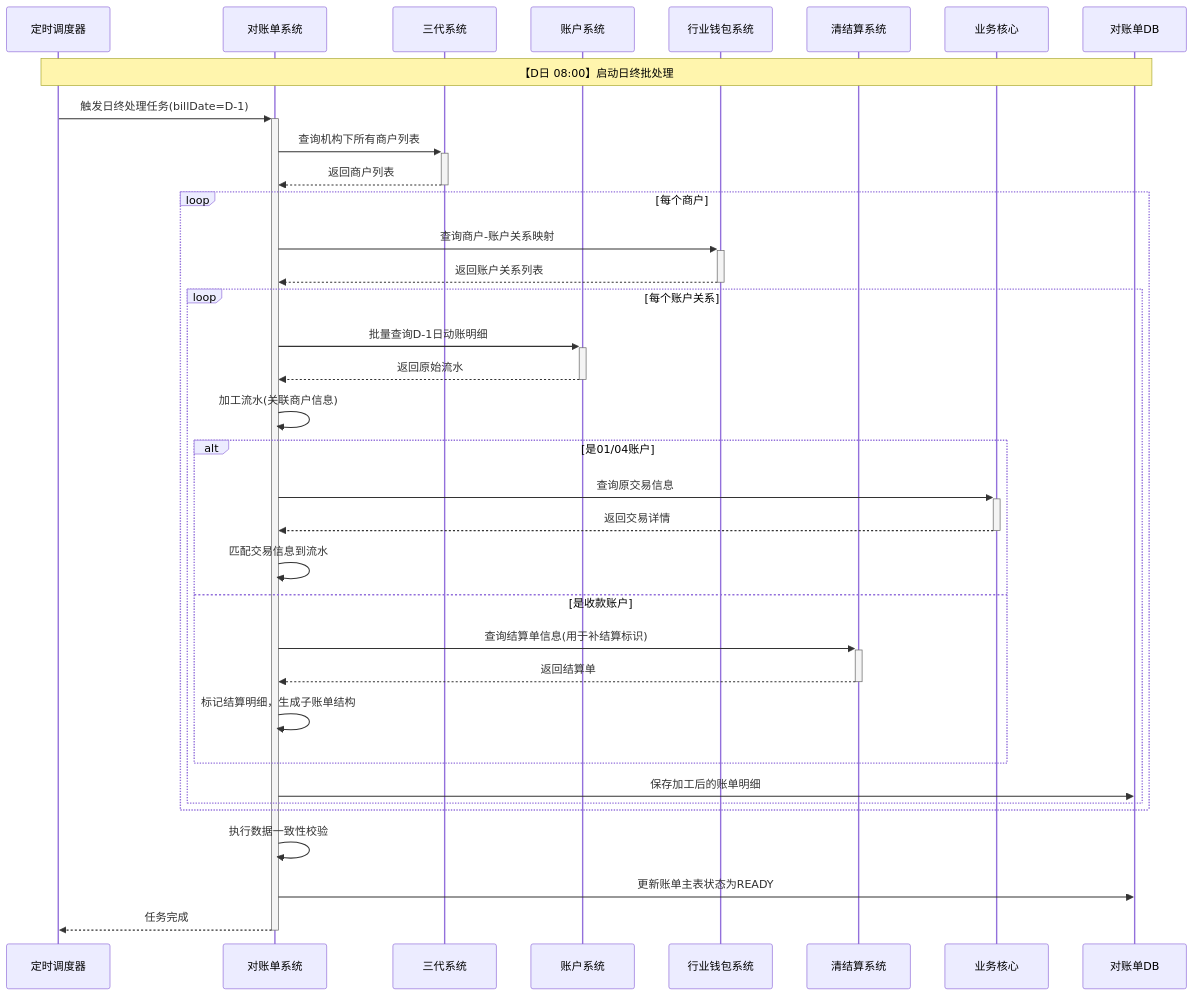
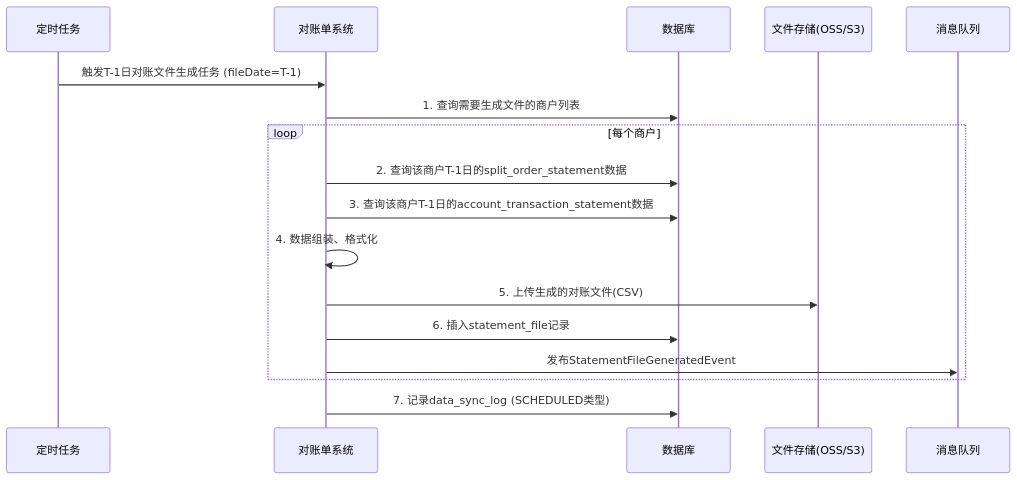
The second of 3 diagrams in data/天财分账需求/gpt-5.2/workspace/02_modules/module_对账单系统.md (youzi211/AiCoding), drawn with Mermaid before and after one commit. The commit also changed other lines of this file and 29 other files, not shown here.

````diff
--- a/data/天财分账需求/gpt-5.2/workspace/02_modules/module_对账单系统.md
+++ b/data/天财分账需求/gpt-5.2/workspace/02_modules/module_对账单系统.md
@@ -558,45 +344,20 @@
 ```mermaid
 sequenceDiagram
-    participant Scheduler as 定时调度器
-    participant Statement as 对账单系统
-    participant Gen3 as 三代系统
-    participant Account as 账户系统
-    participant Wallet as 行业钱包系统
-    participant Settle as 清结算系统
-    participant Business as 业务核心
-    participant DB as 对账单DB
+    participant Scheduler as 定时任务
+    participant BS as 对账单系统
+    participant DB as 数据库
+    participant FS as 文件存储(OSS/S3)
+    participant MQ as 消息队列
 
-    Note over Scheduler, DB: 【D日 08:00】启动日终批处理
-    Scheduler->>+Statement: 触发日终处理任务(billDate=D-1)
-    
-    Statement->>+Gen3: 查询机构下所有商户列表
-    Gen3-->>-Statement: 返回商户列表
-    
+    Scheduler->>BS: 触发T-1日对账文件生成任务 (fileDate=T-1)
+    BS->>DB: 1. 查询需要生成文件的商户列表
     loop 每个商户
-        Statement->>+Wallet: 查询商户-账户关系映射
-        Wallet-->>-Statement: 返回账户关系列表
-        
-        loop 每个账户关系
-            Statement->>+Account: 批量查询D-1日动账明细
-            Account-->>-Statement: 返回原始流水
-            
-            Statement->>Statement: 加工流水(关联商户信息)
-            
-            alt 是01/04账户
-                Statement->>+Business: 查询原交易信息
-                Business-->>-Statement: 返回交易详情
-                Statement->>Statement: 匹配交易信息到流水
-            else 是收款账户
-                Statement->>+Settle: 查询结算单信息(用于补结算标识)
-                Settle-->>-Statement: 返回结算单
-                Statement->>Statement: 标记结算明细，生成子账单结构
-            end
-            
-            Statement->>DB: 保存加工后的账单明细
-        end
+        BS->>DB: 2. 查询该商户T-1日的split_order_statement数据
+        BS->>DB: 3. 查询该商户T-1日的account_transaction_statement数据
+        BS->>BS: 4. 数据组装、格式化
+        BS->>FS: 5. 上传生成的对账文件(CSV)
+        BS->>DB: 6. 插入statement_file记录
+        BS->>MQ: 发布StatementFileGeneratedEvent
     end
-    
-    Statement->>Statement: 执行数据一致性校验
-    Statement->>DB: 更新账单主表状态为READY
-    Statement-->>-Scheduler: 任务完成
+    BS->>DB: 7. 记录data_sync_log (SCHEDULED类型)
 ```
````
